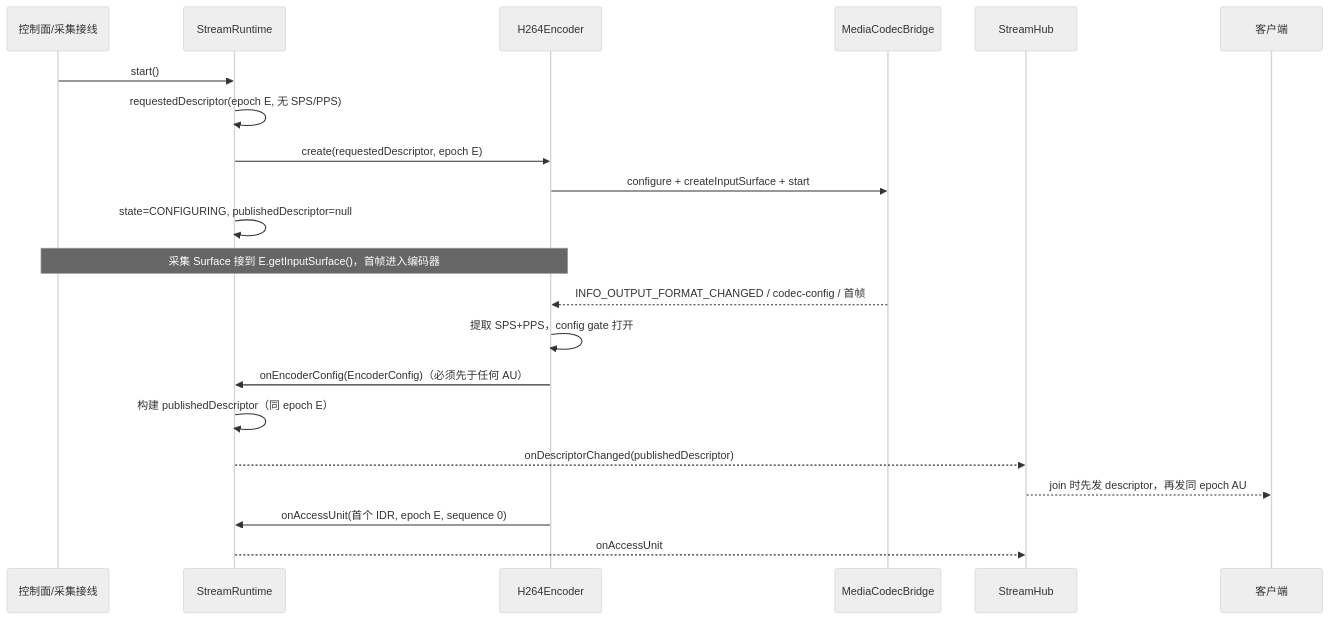
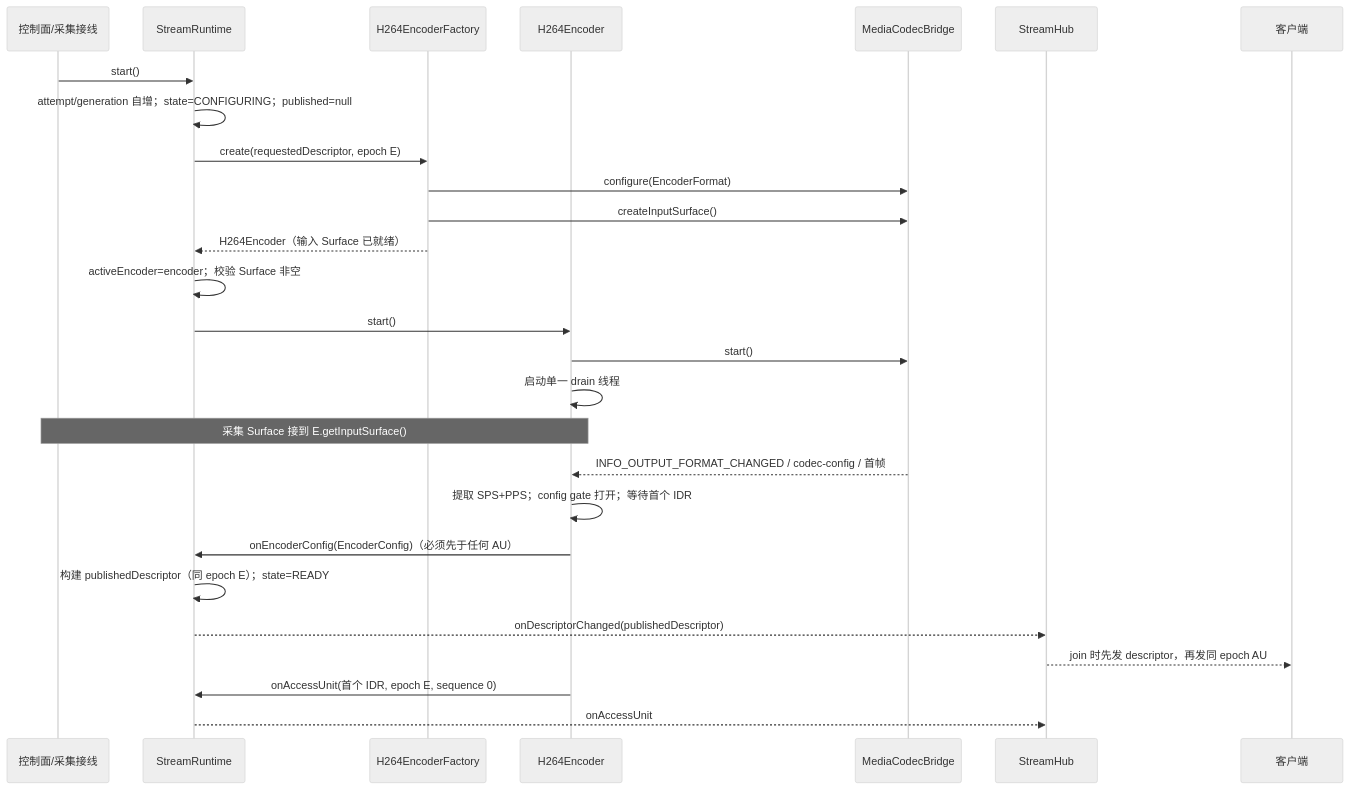
The diagram in docs/superpowers/plans/2026-10-18-h264-adapter.md (obby-xiang/LocalScreenShareAndroid), drawn with Mermaid (neutral theme) before and after one commit. The commit also changed other lines of this file and 1 other file, not shown here.

````diff
--- a/docs/superpowers/plans/2026-10-18-h264-adapter.md
+++ b/docs/superpowers/plans/2026-10-18-h264-adapter.md
@@ -68,24 +69,30 @@
 ```mermaid
 sequenceDiagram
     participant CP as 控制面/采集接线
     participant R as StreamRuntime
+    participant F as H264EncoderFactory
     participant E as H264Encoder
     participant B as MediaCodecBridge
     participant H as StreamHub
     participant C as 客户端
 
     CP->>R: start()
-    R->>R: requestedDescriptor(epoch E, 无 SPS/PPS)
-    R->>E: create(requestedDescriptor, epoch E)
-    E->>B: configure + createInputSurface + start
-    R->>R: state=CONFIGURING, publishedDescriptor=null
-    Note over CP,E: 采集 Surface 接到 E.getInputSurface()，首帧进入编码器
+    R->>R: attempt/generation 自增；state=CONFIGURING；published=null
+    R->>F: create(requestedDescriptor, epoch E)
+    F->>B: configure(EncoderFormat)
+    F->>B: createInputSurface()
+    F-->>R: H264Encoder（输入 Surface 已就绪）
+    R->>R: activeEncoder=encoder；校验 Surface 非空
+    R->>E: start()
+    E->>B: start()
+    E->>E: 启动单一 drain 线程
+    Note over CP,E: 采集 Surface 接到 E.getInputSurface()
     B-->>E: INFO_OUTPUT_FORMAT_CHANGED / codec-config / 首帧
-    E->>E: 提取 SPS+PPS，config gate 打开
+    E->>E: 提取 SPS+PPS；config gate 打开；等待首个 IDR
     E->>R: onEncoderConfig(EncoderConfig)（必须先于任何 AU）
-    R->>R: 构建 publishedDescriptor（同 epoch E）
+    R->>R: 构建 publishedDescriptor（同 epoch E）；state=READY
     R-->>H: onDescriptorChanged(publishedDescriptor)
     H-->>C: join 时先发 descriptor，再发同 epoch AU
     E->>R: onAccessUnit(首个 IDR, epoch E, sequence 0)
     R-->>H: onAccessUnit
 ```
````
